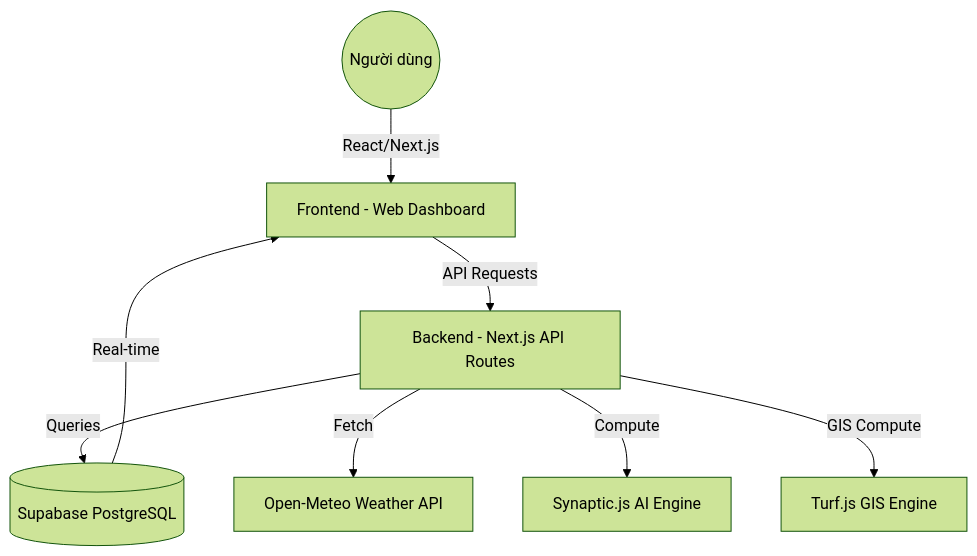
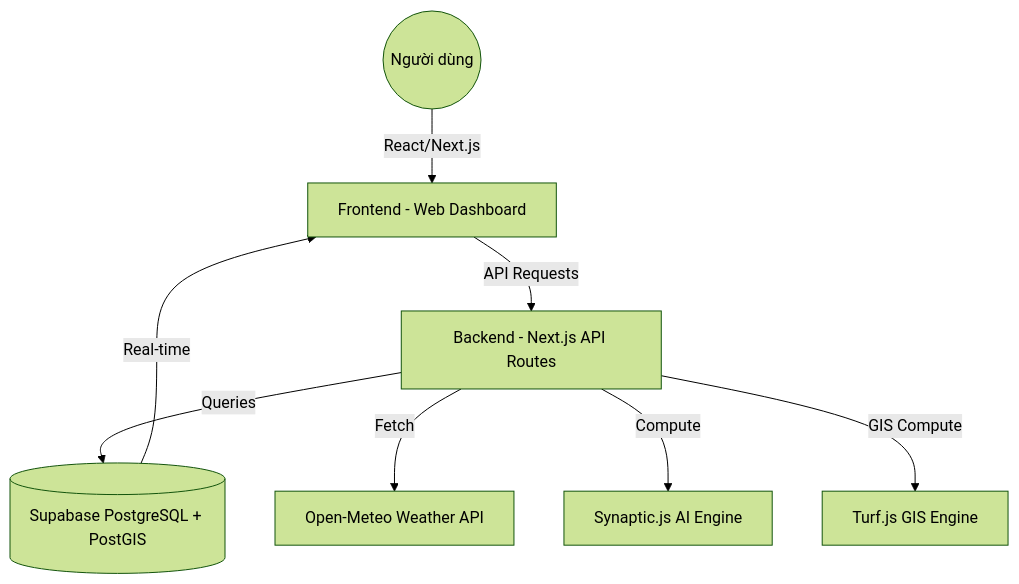
The diagram in SYSTEM_DESIGN.md (sonpham197/VMS-VSP-), drawn with Mermaid (forest theme) before and after one commit. The commit also changed other lines of this file and 17 other files, not shown here.

````diff
--- a/SYSTEM_DESIGN.md
+++ b/SYSTEM_DESIGN.md
@@ -20,10 +29,10 @@
 ```mermaid
 graph TD
     User((Người dùng)) -->|React/Next.js| Frontend[Frontend - Web Dashboard]
     Frontend -->|API Requests| Backend[Backend - Next.js API Routes]
-    Backend -->|Queries| DB[(Supabase PostgreSQL)]
+    Backend -->|Queries| DB[(Supabase PostgreSQL + PostGIS)]
     Backend -->|Fetch| WeatherAPI[Open-Meteo Weather API]
     Backend -->|Compute| AI[Synaptic.js AI Engine]
     Backend -->|GIS Compute| GIS[Turf.js GIS Engine]
     DB -->|Real-time| Frontend
 ```
````
